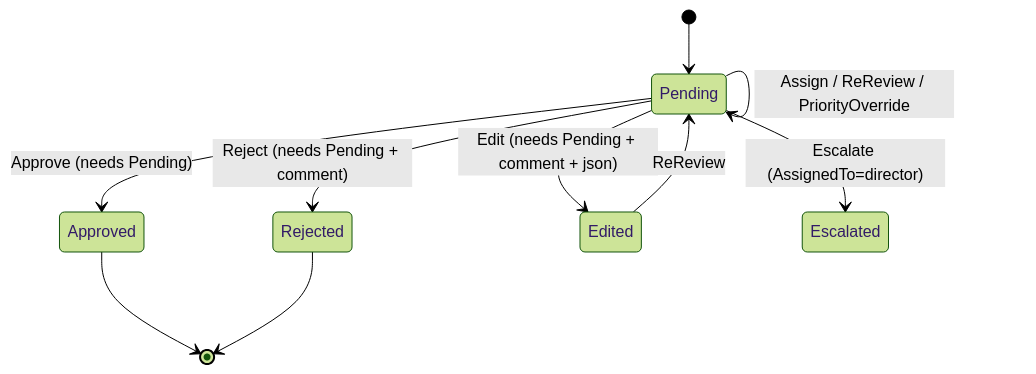
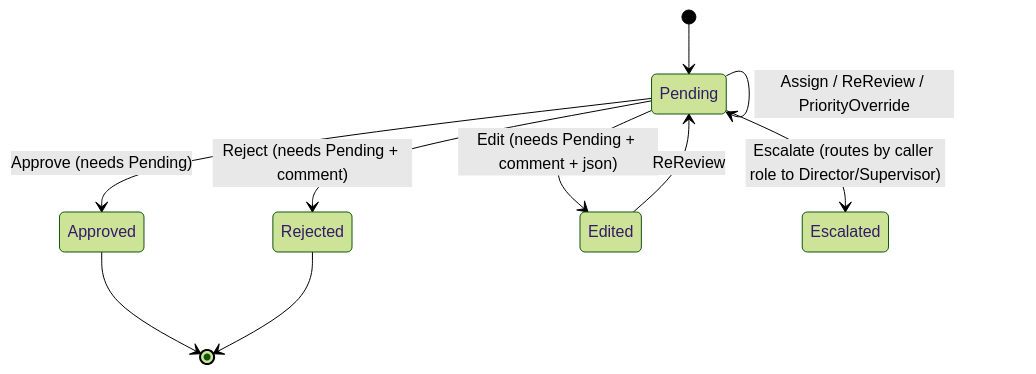
Before and after one commit to abdoGhonamy/ClaimPilot: the second of 3 diagrams in CLAIMPILOT_PROJECT_CONTEXT.md, drawn with Mermaid (forest theme). The commit also changed other lines of this file and 48 other files, not shown here.

````diff
--- a/CLAIMPILOT_PROJECT_CONTEXT.md
+++ b/CLAIMPILOT_PROJECT_CONTEXT.md
@@ -769,12 +785,12 @@
 ```mermaid
 stateDiagram-v2
     [*] --> Pending
     Pending --> Approved: Approve (needs Pending)
     Pending --> Rejected: Reject (needs Pending + comment)
     Pending --> Edited: Edit (needs Pending + comment + json)
     Edited --> Pending: ReReview
-    Pending --> Escalated: Escalate (AssignedTo=director)
+    Pending --> Escalated: Escalate (routes by caller role to Director/Supervisor)
     Pending --> Pending: Assign / ReReview / PriorityOverride
     Approved --> [*]
     Rejected --> [*]
 ```
````
